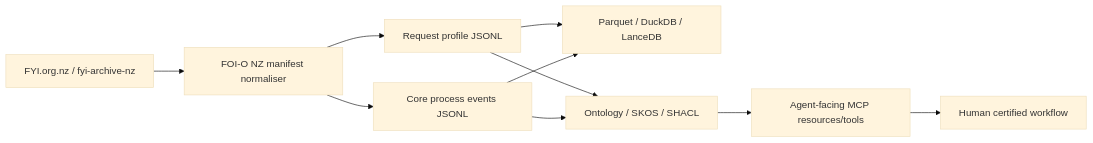
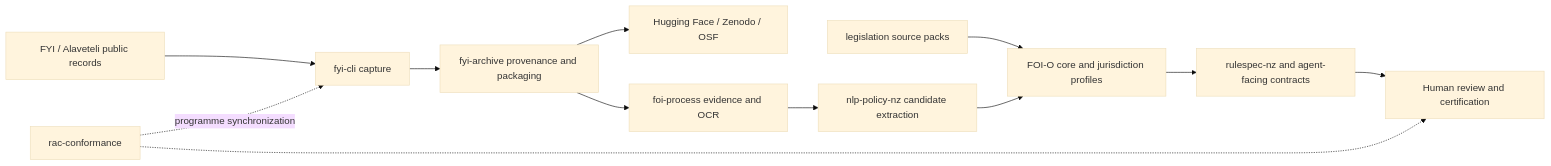
The diagram in README.md (edithatogo/foi-o), drawn with Mermaid (base theme) before and after one commit. The commit also changed other lines of this file and 4 other files, not shown here.

Commit message:
docs: update FOI programme architecture and status

````diff
--- a/README.md
+++ b/README.md
@@ -21,12 +28,14 @@
 ```mermaid
 flowchart LR
-  A[FYI.org.nz / fyi-archive-nz] --> B[FOI-O NZ manifest normaliser]
-  B --> C[Request profile JSONL]
-  B --> D[Core process events JSONL]
-  C --> E[Parquet / DuckDB / LanceDB]
-  D --> E
-  C --> F[Ontology / SKOS / SHACL]
-  D --> F
-  F --> G[Agent-facing MCP resources/tools]
-  G --> H[Human certified workflow]
+  A[FYI / Alaveteli public records] --> B[fyi-cli capture]
+  B --> C[fyi-archive provenance and packaging]
+  C --> D[Hugging Face / Zenodo / OSF]
+  C --> E[foi-process evidence and OCR]
+  E --> F[nlp-policy-nz candidate extraction]
+  G[legislation source packs] --> H[FOI-O core and jurisdiction profiles]
+  F --> H
+  H --> I[rulespec-nz and agent-facing contracts]
+  I --> J[Human review and certification]
+  K[rac-conformance] -. programme synchronization .-> B
+  K -.-> J
 ```
````
